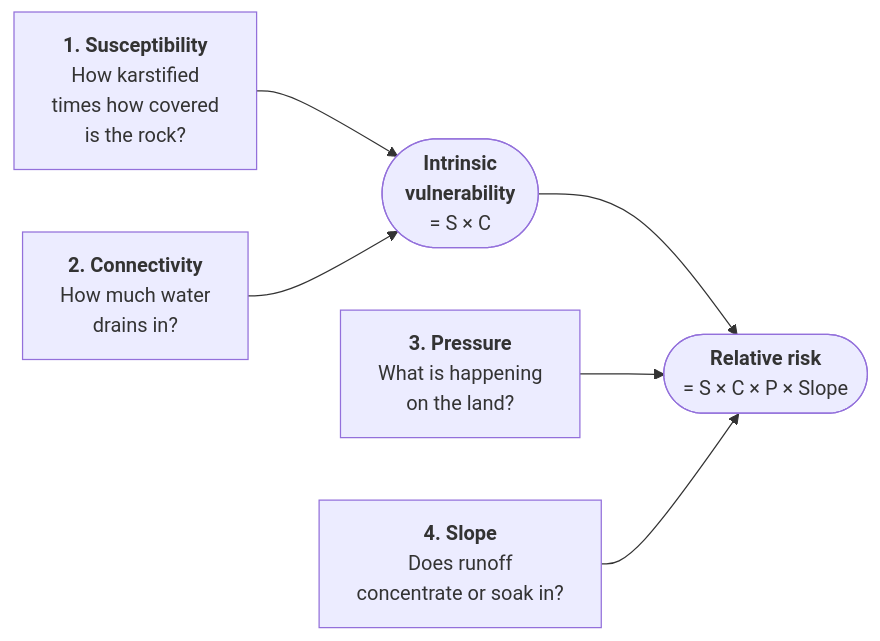
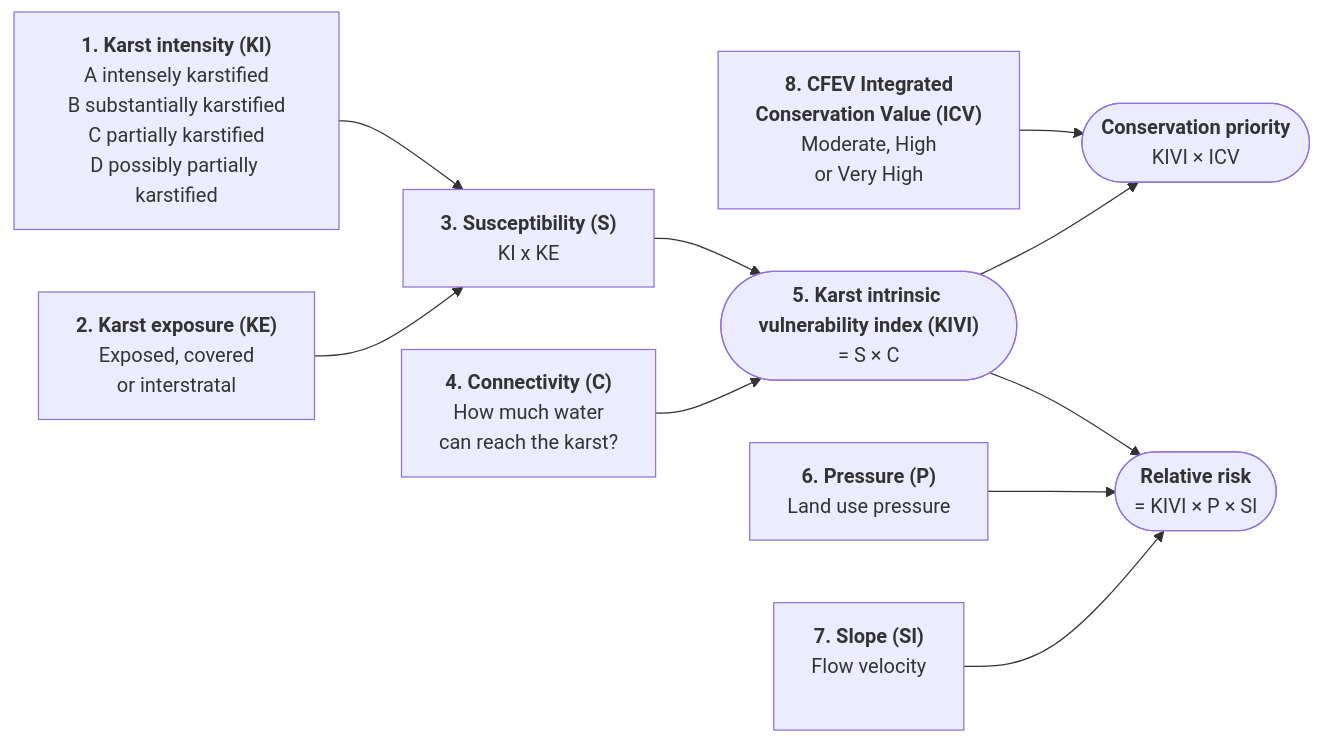
One commit to University-of-Tasmania-GPSS/AT3_Group3_2026 changed the diagram in methods.md. Above: the diagram before and after it, drawn with Mermaid. The commit also changed other lines of this file and 1 other file, not shown here.

````diff
--- a/methods.md
+++ b/methods.md
@@ -5,9 +47,14 @@
 ```{mermaid}
 flowchart LR
-    A["<b>1. Susceptibility</b><br/>How karstified<br/> times how covered<br> is the rock?<br/>"] --> I
-    B["<b>2. Connectivity</b><br/>How much water<br/>drains in?<br/>"] --> I
-    I(["<b>Intrinsic<br/>vulnerability</b><br/>= S × C"]) --> R
-    C["<b>3. Pressure</b><br/>What is happening<br/>on the land?<br/>"] --> R
-    D["<b>4. Slope</b><br/>Does runoff<br/>concentrate or soak in?<br/>"] --> R
-    R(["<b>Relative risk</b><br/>= S × C × P × Slope<br/>"])
+    E["<b>1. Karst intensity (KI)</b><br/>A intensely karstified<br/>B substantially karstified<br/>C partially karstified<br/>D possibly partially karstified<br/>"] --> A
+    F["<b>2. Karst exposure (KE)</b><br/>Exposed, covered<br/>or interstratal<br/>"] --> A
+    A["<b>3. Susceptibility (S)</b><br/>KI x KE<br/>"] --> I
+    B["<b>4. Connectivity (C)</b><br/>How much water<br/>can reach the karst?<br/>"] --> I
+    V["<b>8. CFEV Integrated<br/>Conservation Value (ICV)</b><br/>Moderate, High<br/>or Very High<br/>"] --> K
+    I(["<b>5. Karst intrinsic vulnerability index (KIVI)</b><br/>= S × C"]) --> K
+    I --> R
+    C["<b>6. Pressure (P)</b><br/>Land use pressure<br/>"] --> R
+    D["<b>7. Slope (Sl)</b><br/>Flow velocity<br/><br/>"] --> R
+    K(["<b>Conservation priority</b><br/>KIVI × ICV<br/>"])
+    R(["<b>Relative risk</b><br/>= KIVI × P × Sl<br/>"])
 ```
````
